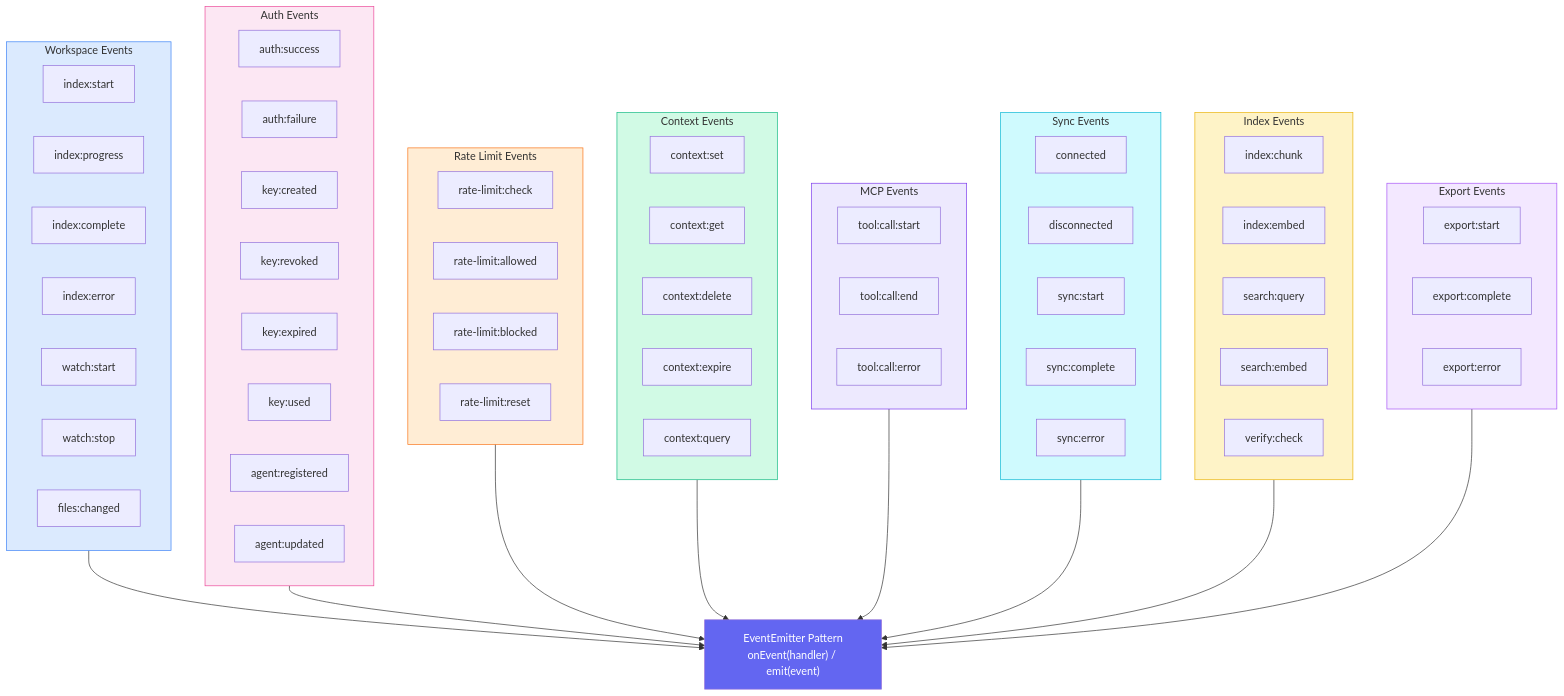
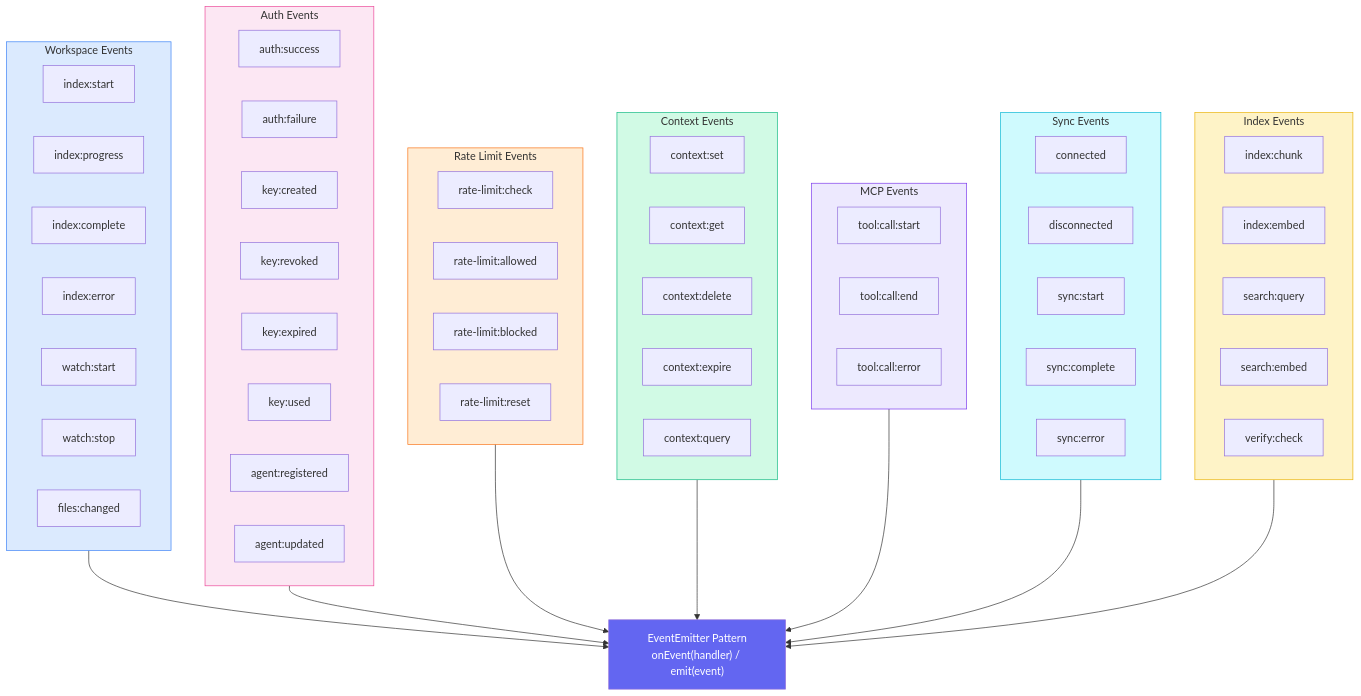
Diagram 19 of 24 in docs/architecture.md (nella-labs/nella), drawn with Mermaid before and after one commit. The commit also changed other lines of this file and 11 other files, not shown here.

````diff
--- a/docs/architecture.md
+++ b/docs/architecture.md
@@ -1141,12 +1134,6 @@
         IE5["verify:check"]
     end
 
-    subgraph export_events["Export Events"]
-        XE1["export:start"]
-        XE2["export:complete"]
-        XE3["export:error"]
-    end
-
     EventBus["EventEmitter Pattern<br/>onEvent(handler) / emit(event)"]
 
     workspace_events --> EventBus
@@ -1156,7 +1143,6 @@
     mcp_events --> EventBus
     sync_events --> EventBus
     index_events --> EventBus
-    export_events --> EventBus
 
     style workspace_events fill:#dbeafe,stroke:#3b82f6
     style auth_events fill:#fce7f3,stroke:#ec4899
@@ -1165,6 +1151,5 @@
     style mcp_events fill:#ede9fe,stroke:#7c3aed
     style sync_events fill:#cffafe,stroke:#06b6d4
     style index_events fill:#fef3c7,stroke:#eab308
-    style export_events fill:#f3e8ff,stroke:#a855f7
     style EventBus fill:#6366f1,color:#fff
 ```
````
